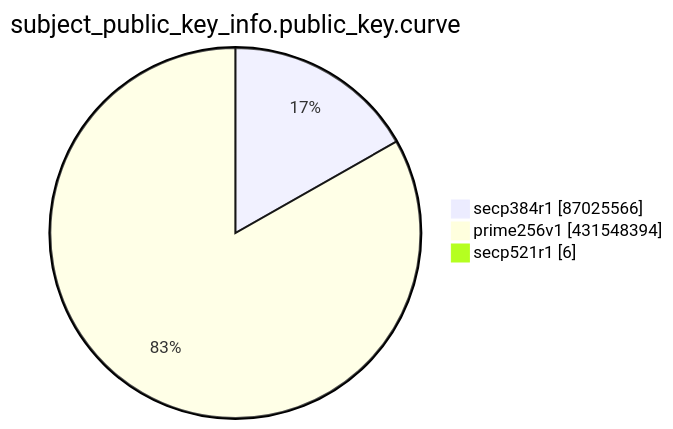
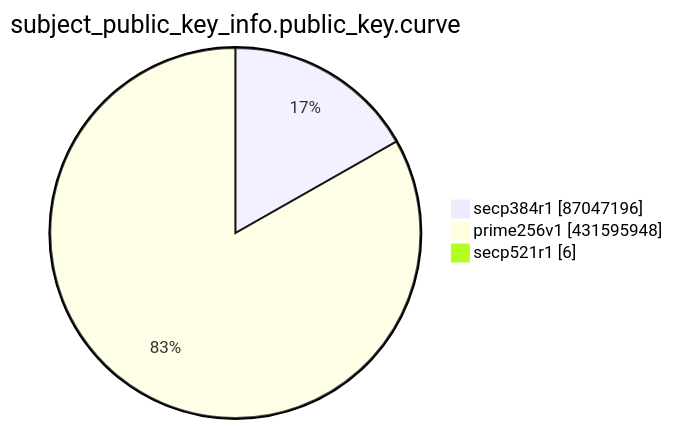
The eighth of 15 diagrams in TOTAL/README.md (christiankrug/ctmonitor_visualization), drawn with Mermaid before and after one commit. The commit also changed other lines of this file, not shown here.

````diff
--- a/TOTAL/README.md
+++ b/TOTAL/README.md
@@ -3100,7 +3100,7 @@
 ```mermaid
 pie showData
 title subject_public_key_info.public_key.curve
-"secp384r1" :87025566
-"prime256v1" :431548394
+"secp384r1" :87047196
+"prime256v1" :431595948
 "secp521r1" :6
 ```
````
